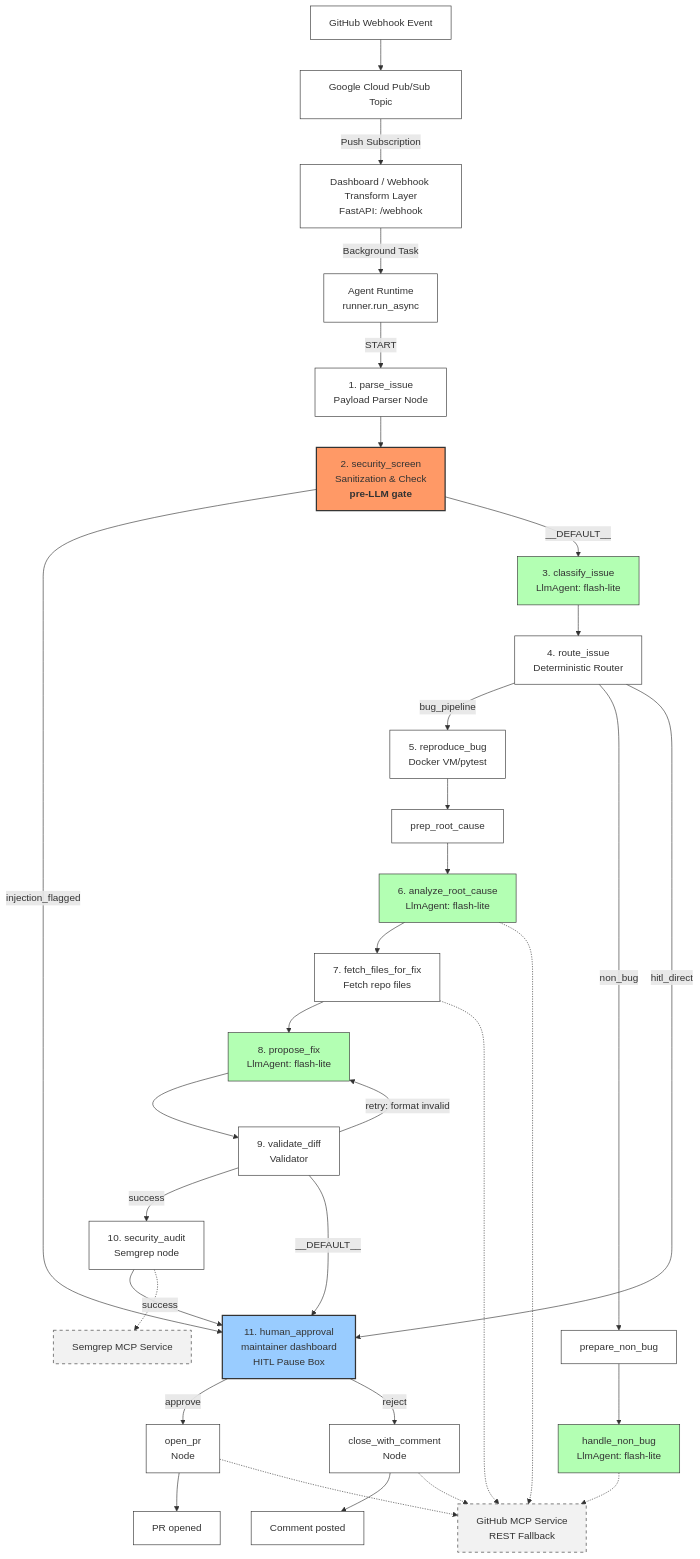
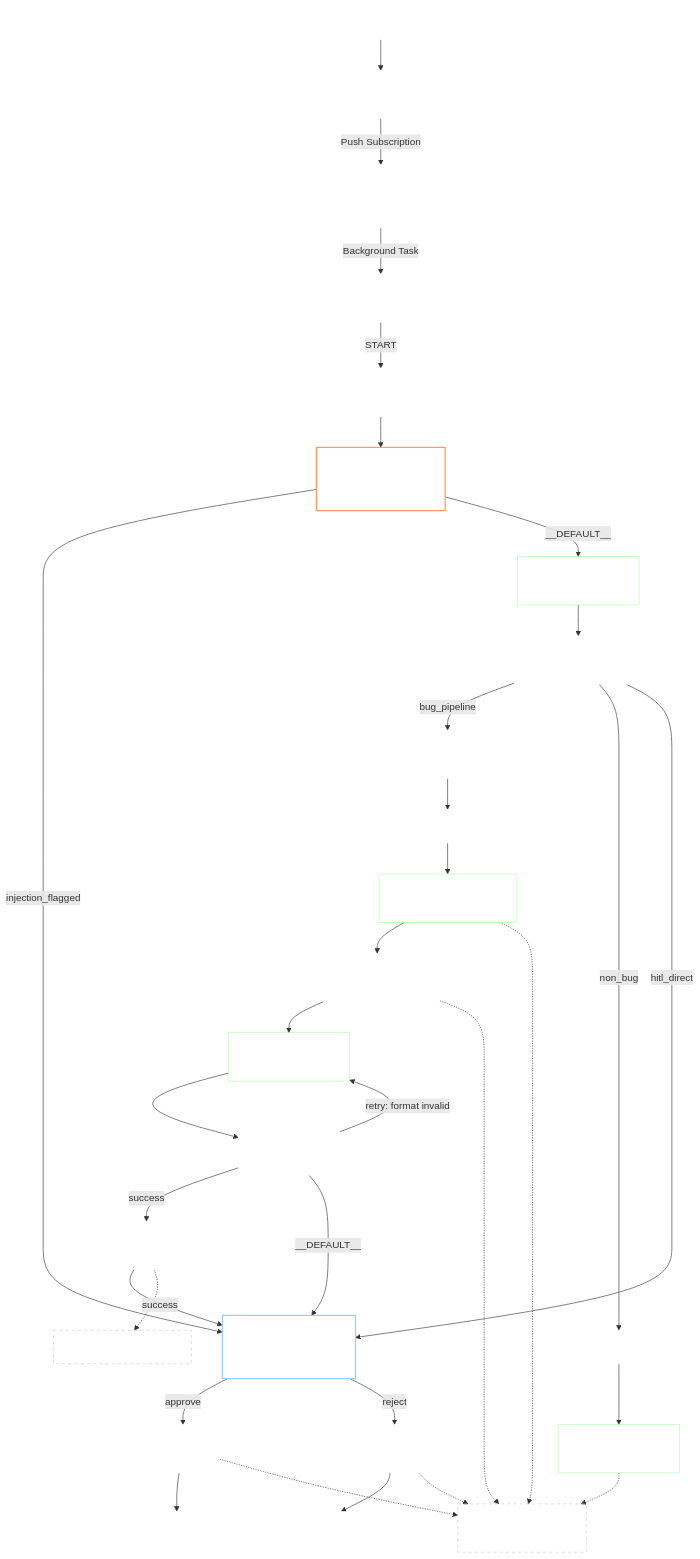
One commit to Rihito2106/autopatch changed the diagram in docs/architecture.md. Above: the diagram before and after it, drawn with Mermaid. The commit also changed 1 other file, not shown here.

Commit message:
docs: architecture diagram

````diff
--- a/docs/architecture.md
+++ b/docs/architecture.md
@@ -3,11 +3,12 @@
 ```mermaid
 flowchart TD
     %% Define Styles & Classes
-    classDef preLlmGate fill:#ff9966,stroke:#333,stroke-width:2px;
-    classDef hitl fill:#99ccff,stroke:#333,stroke-width:2px;
-    classDef llmAgent fill:#b3ffb3,stroke:#333,stroke-width:1px;
-    classDef external fill:#f2f2f2,stroke:#333,stroke-width:1px,stroke-dasharray: 5 5;
-    classDef normalNode fill:#ffffff,stroke:#333,stroke-width:1px;
+    classDef preLlmGate fill:none,color:#fff,stroke:#ff9966,stroke-width:2px;
+    classDef hitl fill:none,color:#fff,stroke:#99ccff,stroke-width:2px;
+    classDef llmAgent fill:none,color:#fff,stroke:#b3ffb3,stroke-width:1px;
+    classDef external fill:none,color:#fff,stroke:#cccccc,stroke-width:1px,stroke-dasharray: 5 5;
+    classDef normalNode fill:none,color:#fff,stroke:#ffffff,stroke-width:1px;
+
 
     %% Nodes definition
     webhook[GitHub Webhook Event]:::normalNode
````
